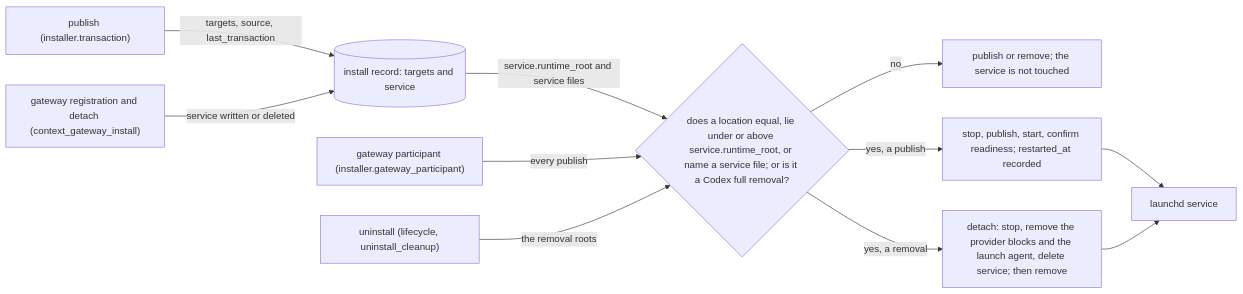
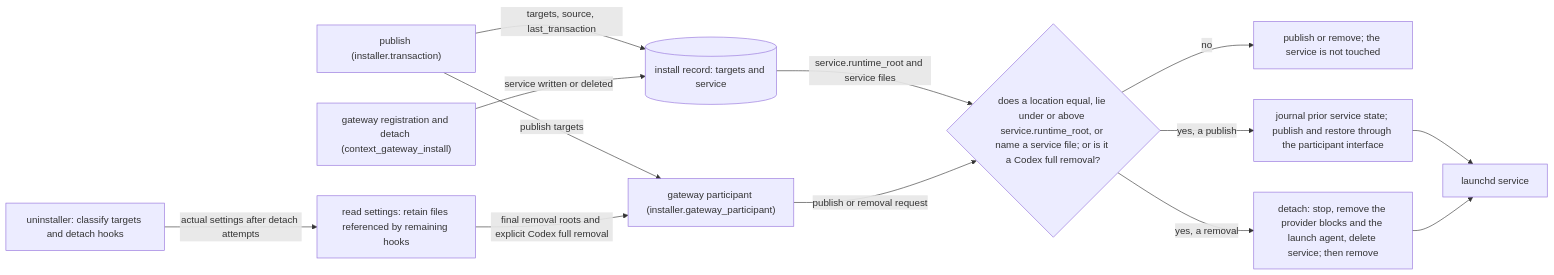
The second of 2 diagrams in docs/reference/installer-architecture.md (AidALL/ghost-alice), drawn with Mermaid before and after one commit. The commit also changed other lines of this file and 135 other files, not shown here.

First line of the commit message:
Align install cleanup, uninstall results, and command parsing (#161) [skip ci]

````diff
--- a/docs/reference/installer-architecture.md
+++ b/docs/reference/installer-architecture.md
@@ -147,20 +184,23 @@
 ```mermaid
 flowchart LR
     REC[("install record: targets and service")]
     PUB["publish (installer.transaction)"]
     REG["gateway registration and detach (context_gateway_install)"]
     PART["gateway participant (installer.gateway_participant)"]
     JUDGE{"does a location equal, lie under or above service.runtime_root, or name a service file; or is it a Codex full removal?"}
-    REM["uninstall (lifecycle, uninstall_cleanup)"]
+    REM["uninstaller: classify targets and detach hooks"]
+    CHECK["read settings: retain files referenced by remaining hooks"]
     SVC["launchd service"]
     PUB -->|"targets, source, last_transaction"| REC
     REG -->|"service written or deleted"| REC
     REC -->|"service.runtime_root and service files"| JUDGE
-    PART -->|"every publish"| JUDGE
-    REM -->|"the removal roots"| JUDGE
+    PUB -->|"publish targets"| PART
+    PART -->|"publish or removal request"| JUDGE
+    REM -->|"actual settings after detach attempts"| CHECK
+    CHECK -->|"final removal roots and explicit Codex full removal"| PART
     JUDGE -->|"no"| NONE["publish or remove; the service is not touched"]
-    JUDGE -->|"yes, a publish"| STOP["stop, publish, start, confirm readiness; restarted_at recorded"]
+    JUDGE -->|"yes, a publish"| STOP["journal prior service state; publish and restore through the participant interface"]
     JUDGE -->|"yes, a removal"| DET["detach: stop, remove the provider blocks and the launch agent, delete service; then remove"]
     STOP --> SVC
     DET --> SVC
 ```
````
